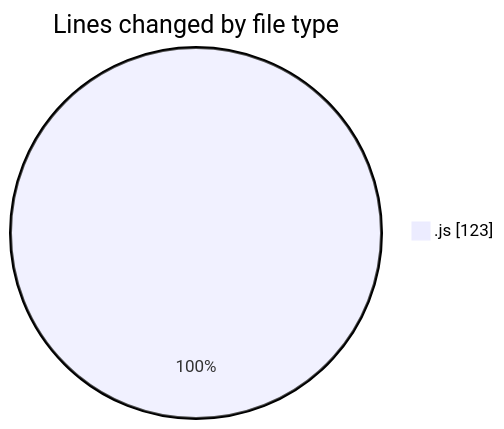
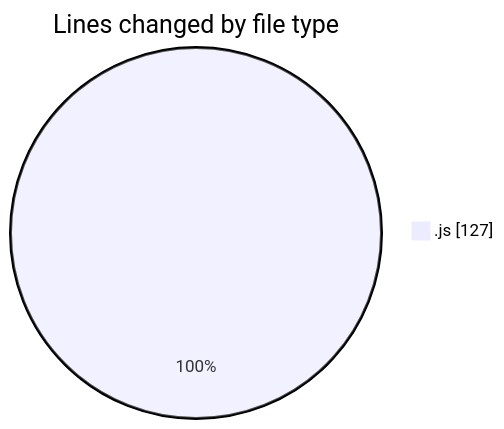
One commit to momahboobian/code-tracking changed the first of 2 diagrams in 2025-05-23/cda/README.md. Above: the diagram before and after it, drawn with Mermaid. The commit also changed other lines of this file and 1 other file, not shown here.

````diff
--- a/2025-05-23/cda/README.md
+++ b/2025-05-23/cda/README.md
@@ -22,5 +22,5 @@
 ```mermaid
 pie showData
 title Lines changed by file type
-".js" : 123
+".js" : 127
 ```
````
